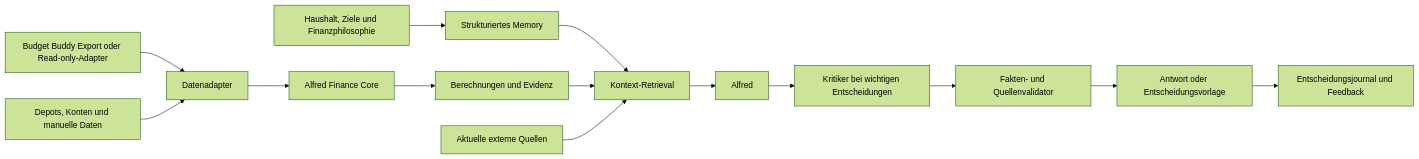
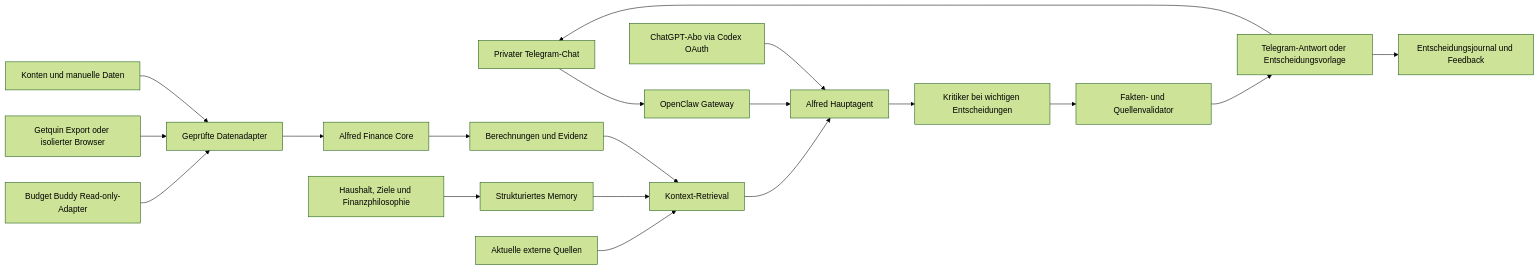
The diagram in docs/alfred-finanzcoach-konzept.md (BugraSahin03/Budgetbuddy), drawn with Mermaid (forest theme) before and after one commit. The commit also changed other lines of this file and 60 other files, not shown here.

```diff
--- a/docs/alfred-finanzcoach-konzept.md
+++ b/docs/alfred-finanzcoach-konzept.md
@@ -344,16 +356,21 @@
 ~~~mermaid
 flowchart LR
-  BB["Budget Buddy Export oder Read-only-Adapter"] --> I["Datenadapter"]
-  D["Depots, Konten und manuelle Daten"] --> I
+  T["Privater Telegram-Chat"] --> O["OpenClaw Gateway"]
+  O --> A["Alfred Hauptagent"]
+  S["ChatGPT-Abo via Codex OAuth"] --> A
+  BB["Budget Buddy Read-only-Adapter"] --> I["Geprüfte Datenadapter"]
+  G["Getquin Export oder isolierter Browser"] --> I
+  D["Konten und manuelle Daten"] --> I
   I --> F["Alfred Finance Core"]
   P["Haushalt, Ziele und Finanzphilosophie"] --> M["Strukturiertes Memory"]
   F --> E["Berechnungen und Evidenz"]
   M --> R["Kontext-Retrieval"]
   E --> R
   X["Aktuelle externe Quellen"] --> R
-  R --> A["Alfred"]
+  R --> A
   A --> C["Kritiker bei wichtigen Entscheidungen"]
   C --> V["Fakten- und Quellenvalidator"]
-  V --> U["Antwort oder Entscheidungsvorlage"]
+  V --> U["Telegram-Antwort oder Entscheidungsvorlage"]
+  U --> T
   U --> J["Entscheidungsjournal und Feedback"]
 ~~~
```
